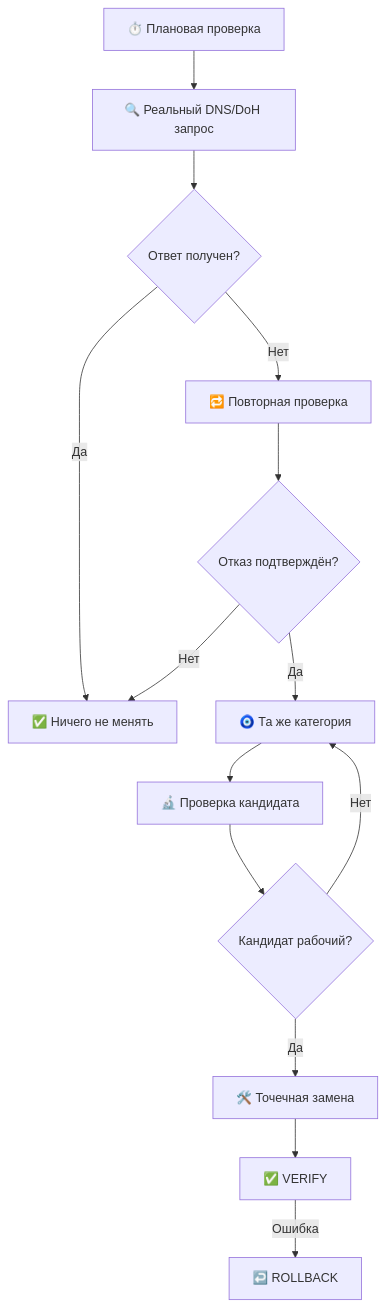
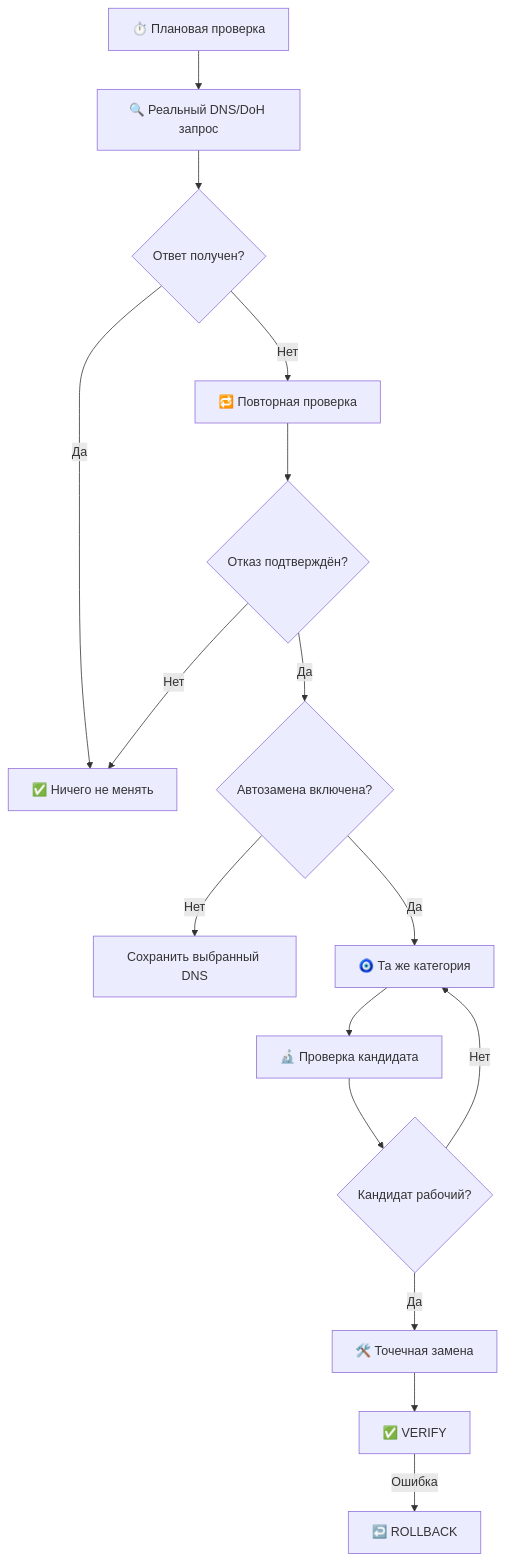
One commit to PoTuStoronu222/DNS-Manager changed the second of 2 diagrams in README.md. Above: the diagram before and after it, drawn with Mermaid. The commit also changed other lines of this file and 5 other files, not shown here.

```diff
--- a/README.md
+++ b/README.md
@@ -254,16 +263,18 @@
 ~~~mermaid
 flowchart TD
     A["⏱️ Плановая проверка"] --> B["🔍 Реальный DNS/DoH запрос"]
     B --> C{"Ответ получен?"}
     C -->|Да| D["✅ Ничего не менять"]
     C -->|Нет| E["🔁 Повторная проверка"]
     E --> F{"Отказ подтверждён?"}
     F -->|Нет| D
-    F -->|Да| G["🧿 Та же категория"]
+    F -->|Да| X{"Автозамена включена?"}
+    X -->|Нет| Y["Сохранить выбранный DNS"]
+    X -->|Да| G["🧿 Та же категория"]
     G --> H["🔬 Проверка кандидата"]
     H --> I{"Кандидат рабочий?"}
     I -->|Нет| G
     I -->|Да| J["🛠️ Точечная замена"]
     J --> K["✅ VERIFY"]
     K -->|Ошибка| L["↩️ ROLLBACK"]
 ~~~
```
